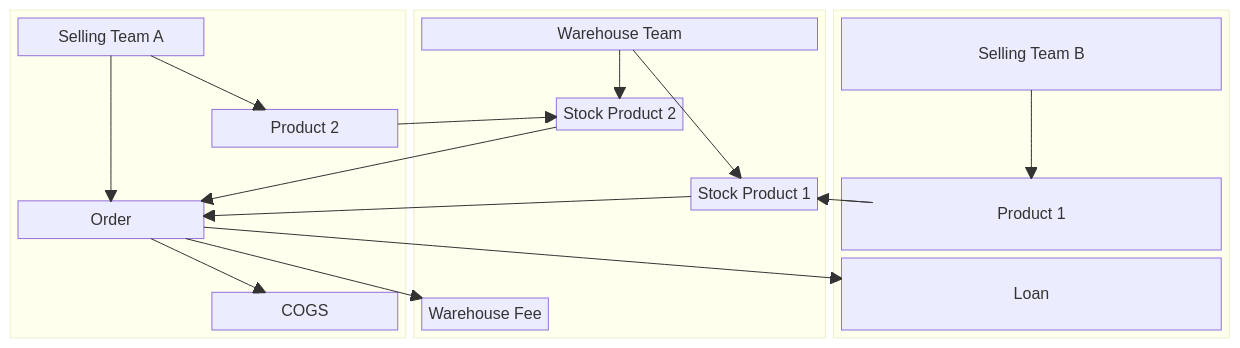
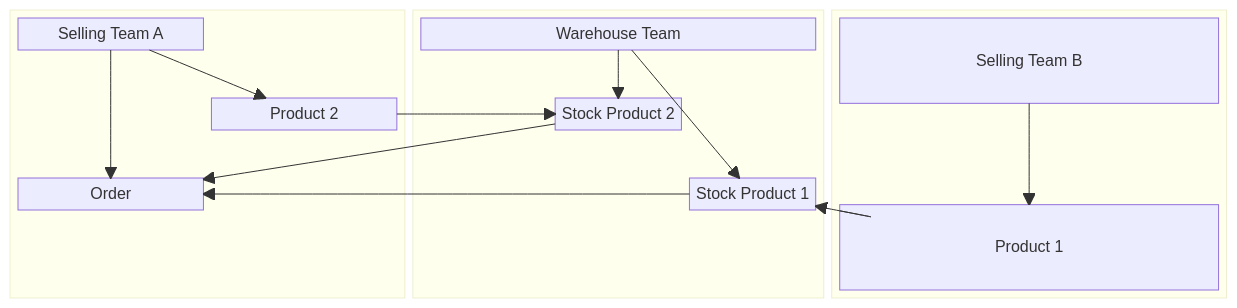
Before and after one commit to pdcgo/warehouse_revamp: the fourth of 8 diagrams in docs/business/order/context.md, drawn with Mermaid. The commit also changed other lines of this file and 24 other files, not shown here.

````diff
--- a/docs/business/order/context.md
+++ b/docs/business/order/context.md
@@ -29,70 +130,64 @@
-    ```mermaid
-    block-beta
+```mermaid
+block-beta
 
+columns 3
+
+block
+    columns 2
+
+    sa["Selling Team A"]
+    space:1
+
+    space:2
+
+    space:1
+    p2["Product 2"]
+    space:2
+
+    o["Order"]
+    space:2
+    space:2
+
+    
+
+    sa-->o
+    sa-->p2
+    
+
+end
+
+block
     columns 3
-    
-    block
-        columns 2
+    w["Warehouse Team"]:3
 
-        sa["Selling Team A"]
-        space:1
+    space:3
+    space:1
 
-        space:2
+    s2["Stock Product 2"]
+    space:3
+    space:3
+    s1["Stock Product 1"]
+    space:3
+    space:3
 
-        space:1
-        p2["Product 2"]
-        space:2
+    w-->s1
+    w-->s2
+end
 
-        o["Order"]
-        space:2
-        space:2
+block
+    columns 1
 
-        cogs["COGS"]
-        
+    sb["Selling Team B"]
+    space:1
 
-        sa-->o
-        sa-->p2
-        o-->cogs
-        
+    p1["Product 1"]
 
-    end
-    
-    block
-        columns 3
-        w["Warehouse Team"]:3
+    sb-->p1
+end
 
-        space:3
-        space:1
+p1-->s1
+p2-->s2
+s1-->o
+s2-->o
 
-        s2["Stock Product 2"]
-        space:3
-        space:3
-        s1["Stock Product 1"]
-        space:3
-        space:3
-        wf["Warehouse Fee"]
-
-        w-->s1
-        w-->s2
-    end
-
-    block
-        columns 1
-
-        sb["Selling Team B"]
-        space:1
-
-        p1["Product 1"]
-        loan["Loan"]
-
-        sb-->p1
-    end
-    
-    p1-->s1
-    p2-->s2
-    s1-->o
-    s2-->o
-    o-->wf
-    o-->loan
-
-    ```
+```
````
